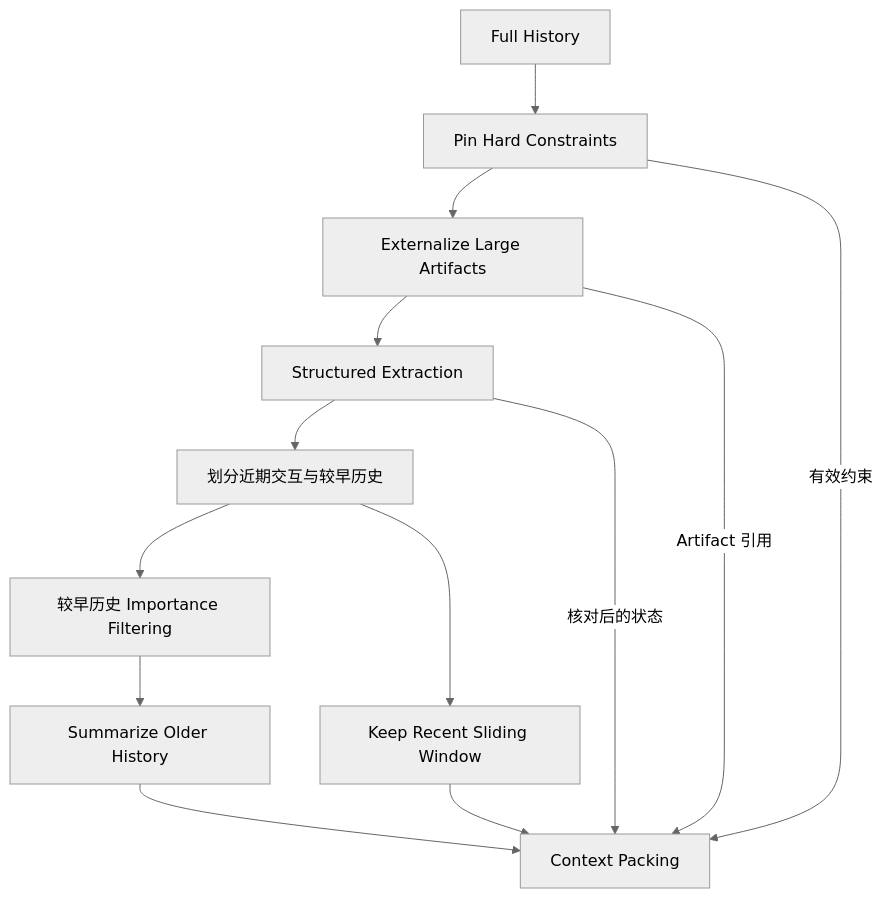
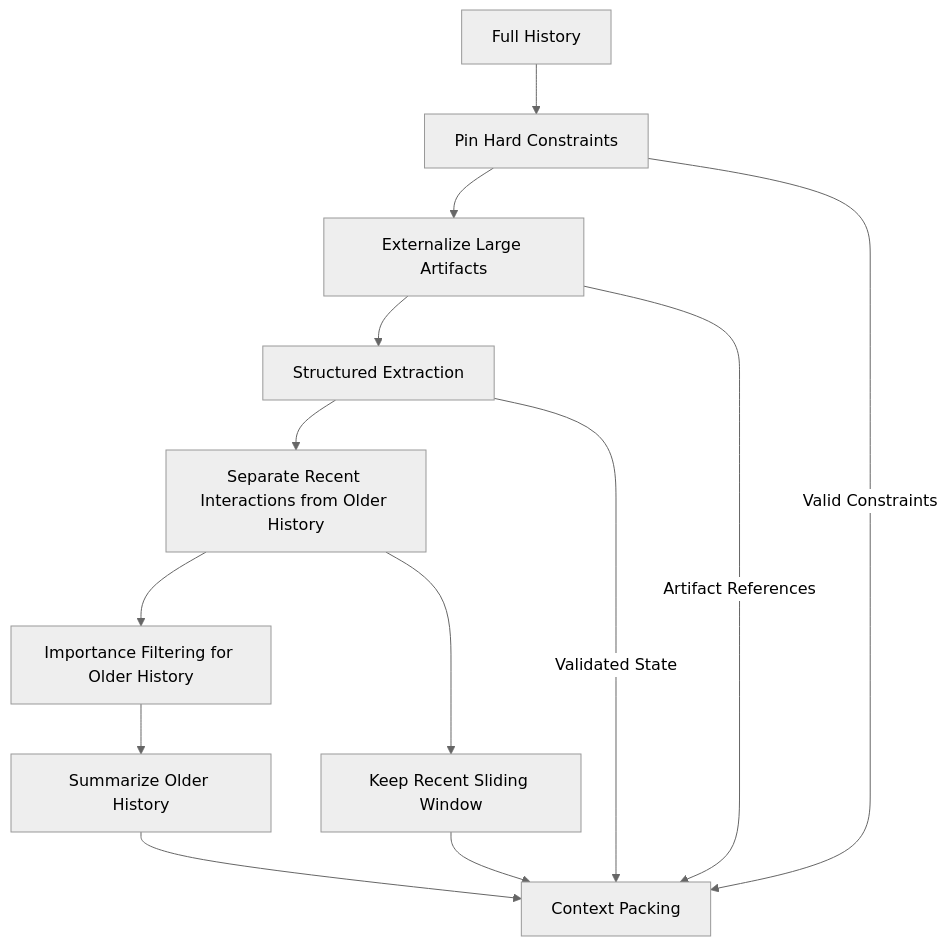
One commit to oneleaveknowsthefall/awesome-ai-roadmap changed the ninth of 15 diagrams in docs/agent/03-memory-context/10-agent-memory-compression.md. Above: the diagram before and after it, drawn with Mermaid (neutral theme). The commit also changed other lines of this file and 68 other files, not shown here.

````diff
--- a/docs/agent/03-memory-context/10-agent-memory-compression.md
+++ b/docs/agent/03-memory-context/10-agent-memory-compression.md
@@ -491,15 +495,15 @@
 ```mermaid
 flowchart TB
     H[Full History] --> PIN[Pin Hard Constraints]
     PIN --> EXT[Externalize Large Artifacts]
     EXT --> STR[Structured Extraction]
-    STR --> SPLIT[划分近期交互与较早历史]
-    SPLIT --> IMP[较早历史 Importance Filtering]
+    STR --> SPLIT[Separate Recent Interactions from Older History]
+    SPLIT --> IMP[Importance Filtering for Older History]
     IMP --> SUM[Summarize Older History]
     SPLIT --> WIN[Keep Recent Sliding Window]
     SUM --> PACK[Context Packing]
     WIN --> PACK[Context Packing]
-    PIN -->|有效约束| PACK
-    STR -->|核对后的状态| PACK
-    EXT -->|Artifact 引用| PACK
+    PIN -->|Valid Constraints| PACK
+    STR -->|Validated State| PACK
+    EXT -->|Artifact References| PACK
 ```
````
